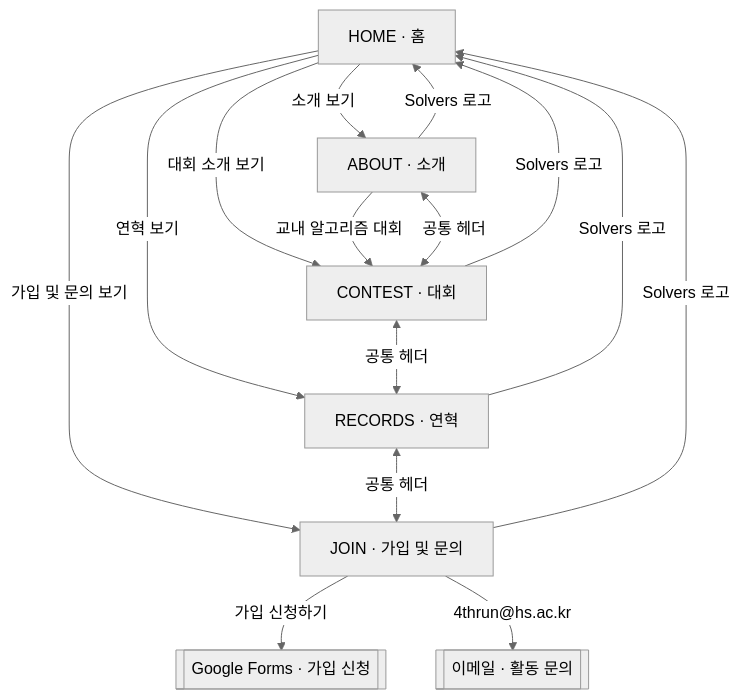
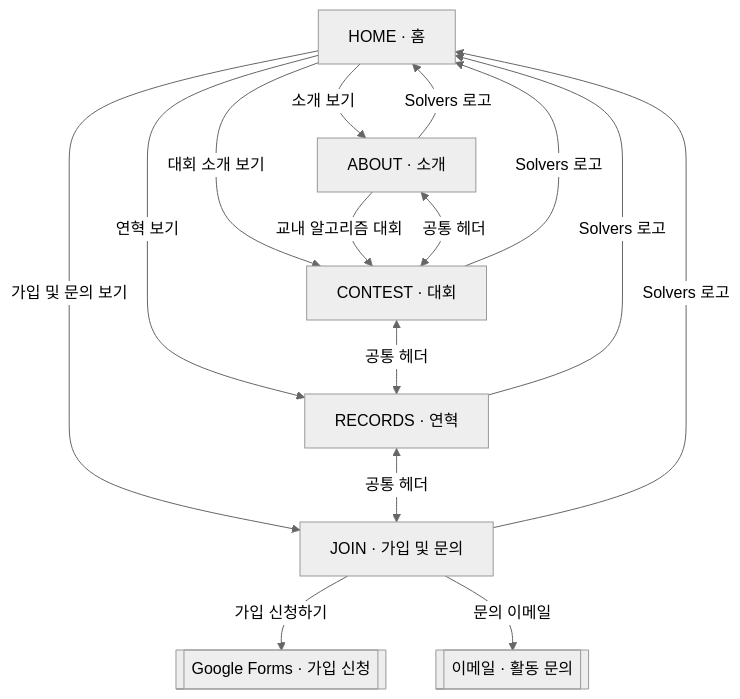
Before and after one commit to Hanshin-Solvers/homepage: the diagram in design.md, drawn with Mermaid (neutral theme). The commit also changed other lines of this file and 1 other file, not shown here.

````diff
--- a/design.md
+++ b/design.md
@@ -33,28 +33,28 @@
 ```mermaid
 flowchart TD
     HOME["HOME · 홈"]
     ABOUT["ABOUT · 소개"]
     CONTEST["CONTEST · 대회"]
     RECORDS["RECORDS · 연혁"]
     JOIN["JOIN · 가입 및 문의"]
     FORM[["Google Forms · 가입 신청"]]
     EMAIL[["이메일 · 활동 문의"]]
 
     HOME -->|"소개 보기"| ABOUT
     HOME -->|"대회 소개 보기"| CONTEST
     HOME -->|"연혁 보기"| RECORDS
     HOME -->|"가입 및 문의 보기"| JOIN
 
     ABOUT -->|"교내 알고리즘 대회"| CONTEST
     JOIN -->|"가입 신청하기"| FORM
-    JOIN -->|"4thrun@hs.ac.kr"| EMAIL
+    JOIN -->|"문의 이메일"| EMAIL
 
     ABOUT -->|"Solvers 로고"| HOME
     CONTEST -->|"Solvers 로고"| HOME
     RECORDS -->|"Solvers 로고"| HOME
     JOIN -->|"Solvers 로고"| HOME
 
     ABOUT <-->|"공통 헤더"| CONTEST
     CONTEST <-->|"공통 헤더"| RECORDS
     RECORDS <-->|"공통 헤더"| JOIN
 ```
````
